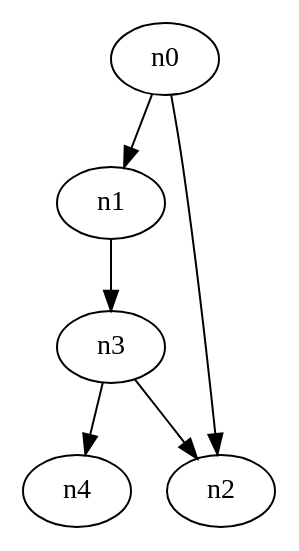
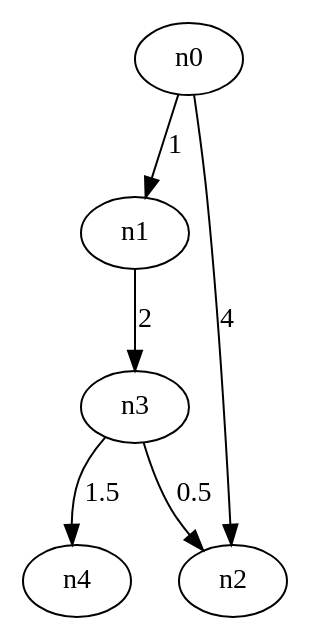
One commit to hongwozai/gameai changed the diagram in Graph/eg.dot. Above: the diagram before and after it, drawn with Graphviz. The commit also changed 3 other files, not shown here.

```diff
--- a/Graph/eg.dot
+++ b/Graph/eg.dot
@@ -1,7 +1,7 @@
 digraph {
-    n0 -> n1;
-    n0 -> n2;
-    n1 -> n3;
-    n3 -> n4;
-    n3 -> n2;
+    n0 -> n1 [label=1];
+    n0 -> n2 [label=4];
+    n1 -> n3 [label=2];
+    n3 -> n4 [label=1.5];
+    n3 -> n2 [label=0.5];
 }
```
